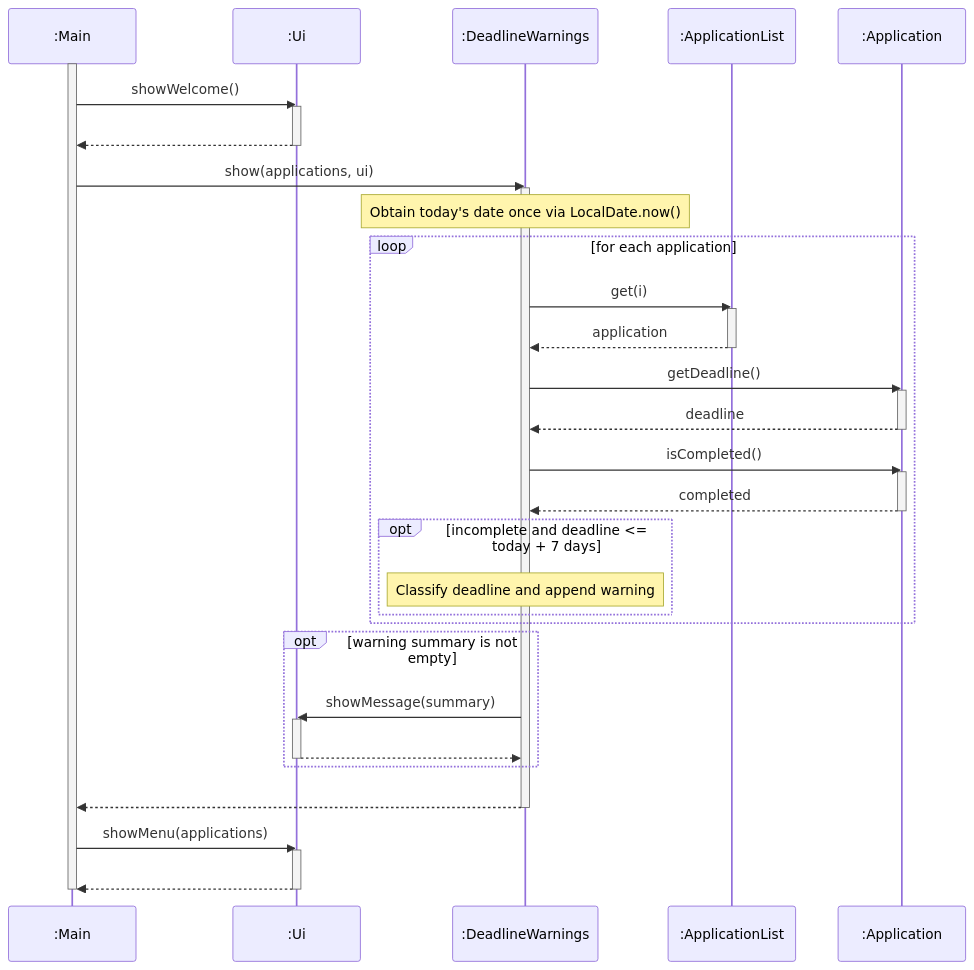
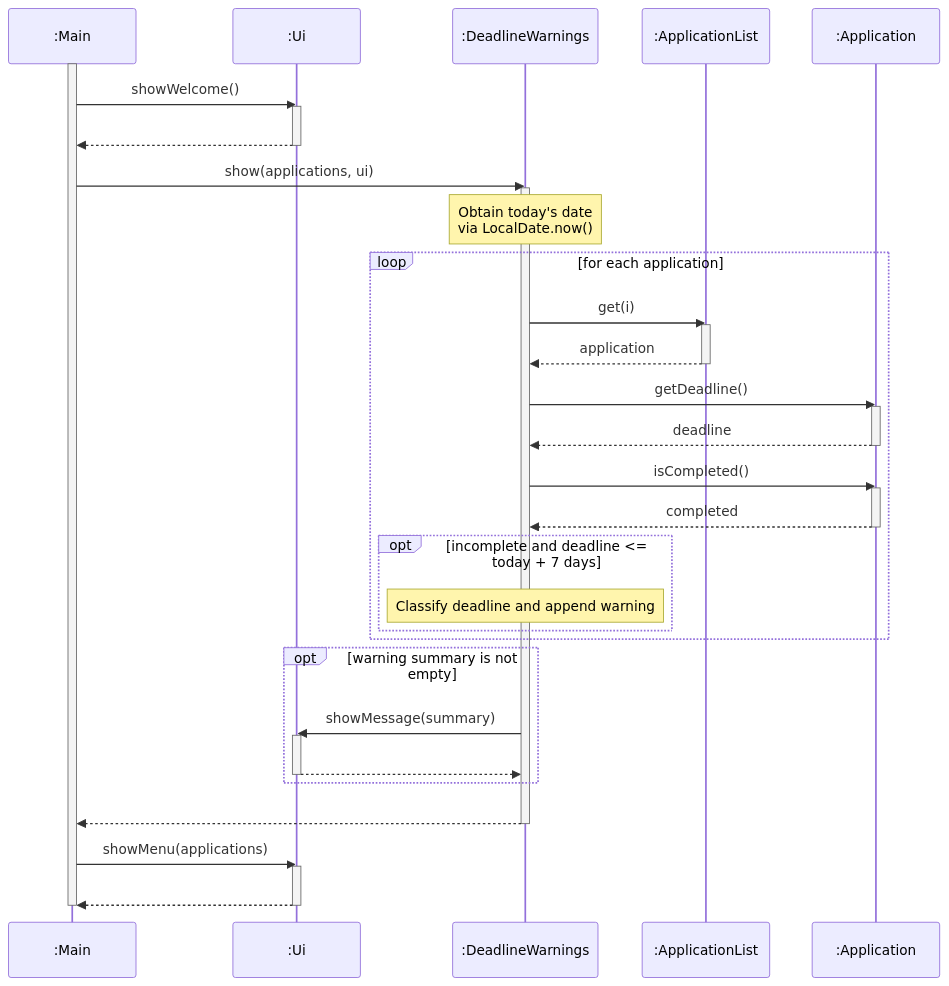
Diagram 19 of 22 in docs/DeveloperGuide.md (AY2627S1-CS2113-T10-2/tp), drawn with Mermaid before and after one commit. The commit also changed other lines of this file, not shown here.

First line of the commit message:
docs: standardize architecture diagram design and add manual testing output examples

````diff
--- a/docs/DeveloperGuide.md
+++ b/docs/DeveloperGuide.md
@@ -1092,56 +1087,56 @@
 ```mermaid
 ---
 config:
   themeCSS: ".actor-line { stroke-dasharray: 4, 4 !important; } line.loopLine:not([style*='stroke-dasharray']) { stroke-dasharray: none !important; }"
 ---
 sequenceDiagram
     participant main as :Main
     participant ui as :Ui
     participant warnings as :DeadlineWarnings
     participant list as :ApplicationList
     participant app as :Application
 
     activate main
     main->>ui: showWelcome()
     activate ui
     ui-->>main: ​
     deactivate ui
 
     main->>warnings: show(applications, ui)
     activate warnings
-    Note over warnings: Obtain today's date once via LocalDate.now()
+    Note over warnings: Obtain today's date<br/>via LocalDate.now()
 
     loop for each application
         warnings->>list: get(i)
         activate list
         list-->>warnings: application
         deactivate list
         warnings->>app: getDeadline()
         activate app
         app-->>warnings: deadline
         deactivate app
         warnings->>app: isCompleted()
         activate app
         app-->>warnings: completed
         deactivate app
 
         opt incomplete and deadline <= today + 7 days
             Note over warnings: Classify deadline and append warning
         end
     end
 
     opt warning summary is not empty
         warnings->>ui: showMessage(summary)
         activate ui
         ui-->>warnings: ​
         deactivate ui
     end
 
     warnings-->>main: ​
     deactivate warnings
     main->>ui: showMenu(applications)
     activate ui
     ui-->>main: ​
     deactivate ui
     deactivate main
 ```
````
